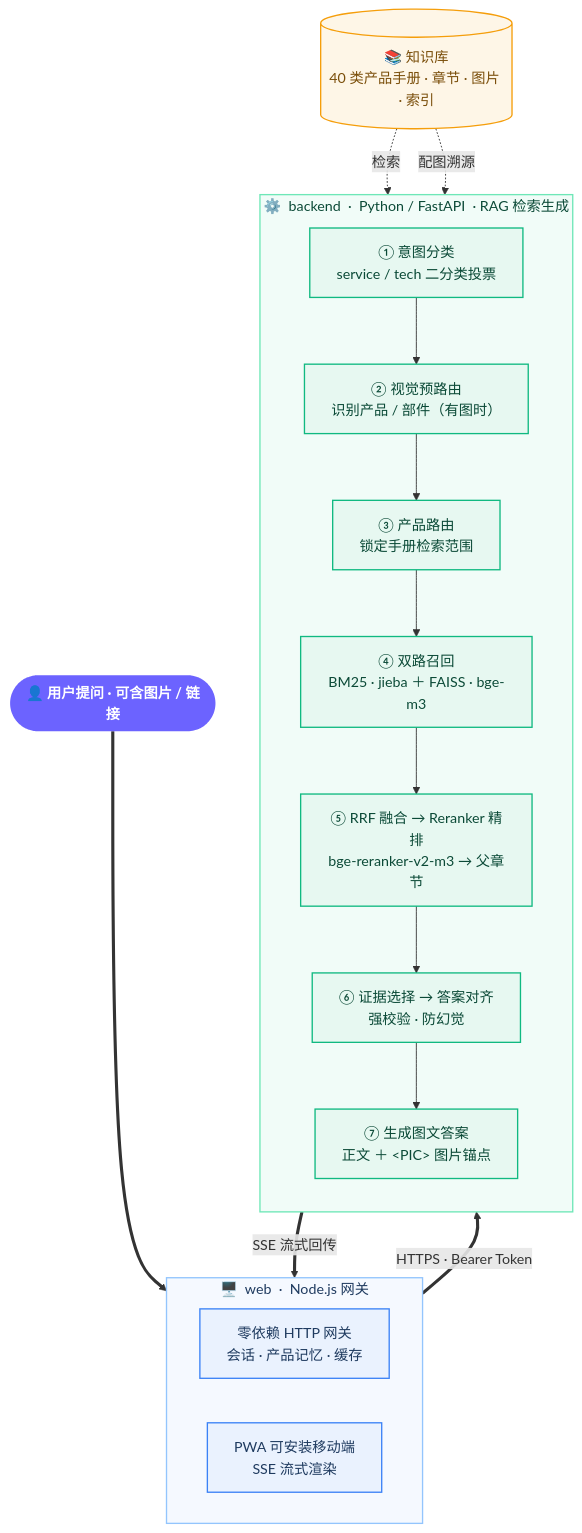
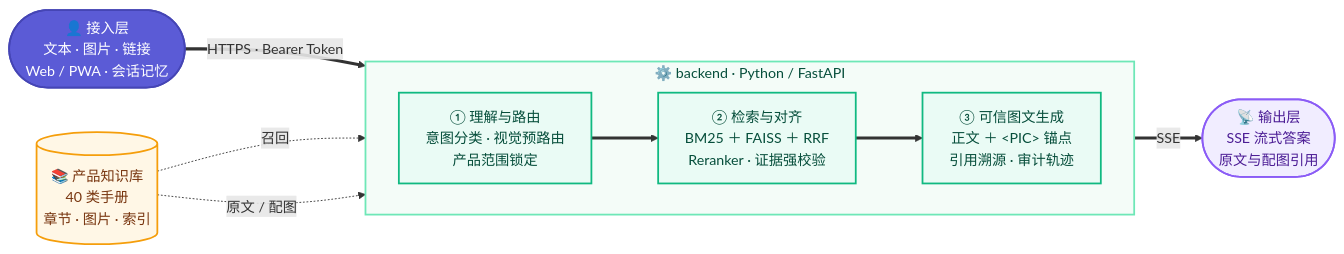
The diagram in README.md (UAVLLMs/Ray-Source), drawn with Mermaid before and after one commit. The commit also changed other lines of this file, not shown here.

Commit message:
docs: refine README architecture and setup guide

````diff
--- a/README.md
+++ b/README.md
@@ -116,43 +118,32 @@
 ```mermaid
-flowchart TB
-    U(["👤 用户提问 · 可含图片 / 链接"])
+flowchart LR
+    A(["👤 接入层<br/>文本 · 图片 · 链接<br/>Web / PWA · 会话记忆"])
 
-    subgraph WEB["🖥️ &nbsp;web &nbsp;·&nbsp; Node.js 网关"]
+    subgraph CORE["⚙️ backend · Python / FastAPI"]
         direction LR
-        W["零依赖 HTTP 网关<br/><span>会话 · 产品记忆 · 缓存</span>"]
-        P["PWA 可安装移动端<br/><span>SSE 流式渲染</span>"]
+        R["① 理解与路由<br/>意图分类 · 视觉预路由<br/>产品范围锁定"]
+        H["② 检索与对齐<br/>BM25 ＋ FAISS ＋ RRF<br/>Reranker · 证据强校验"]
+        G["③ 可信图文生成<br/>正文 ＋ &lt;PIC&gt; 锚点<br/>引用溯源 · 审计轨迹"]
+        R ==> H ==> G
     end
 
-    subgraph BACKEND["⚙️ &nbsp;backend &nbsp;·&nbsp; Python / FastAPI &nbsp;· RAG 检索生成"]
-        direction TB
-        C["① 意图分类<br/><span>service / tech 二分类投票</span>"]
-        V["② 视觉预路由<br/><span>识别产品 / 部件（有图时）</span>"]
-        R["③ 产品路由<br/><span>锁定手册检索范围</span>"]
-        S["④ 双路召回<br/><span>BM25 · jieba ＋ FAISS · bge-m3</span>"]
-        F["⑤ RRF 融合 → Reranker 精排<br/><span>bge-reranker-v2-m3 → 父章节</span>"]
-        E["⑥ 证据选择 → 答案对齐<br/><span>强校验 · 防幻觉</span>"]
-        G["⑦ 生成图文答案<br/><span>正文 ＋ &lt;PIC&gt; 图片锚点</span>"]
-        C --> V --> R --> S --> F --> E --> G
-    end
+    O(["📡 输出层<br/>SSE 流式答案<br/>原文与配图引用"])
+    KB[("📚 产品知识库<br/>40 类手册<br/>章节 · 图片 · 索引")]
 
-    KB[("📚 知识库<br/><span>40 类产品手册 · 章节 · 图片 · 索引</span>")]
+    A == "HTTPS · Bearer Token" ==> R
+    G == "SSE" ==> O
+    KB -. "召回" .-> H
+    KB -. "原文 / 配图" .-> G
 
-    U ==> WEB
-    WEB == "HTTPS · Bearer Token" ==> C
-    G == "SSE 流式回传" ==> WEB
-    KB -. "检索" .-> S
-    KB -. "配图溯源" .-> G
+    classDef user fill:#5B5BD6,stroke:#4545B5,color:#FFFFFF,stroke-width:2px;
+    classDef rag fill:#EAFBF5,stroke:#10B981,color:#064E3B,stroke-width:2px;
+    classDef output fill:#F1EDFF,stroke:#8B5CF6,color:#4C1D95,stroke-width:2px;
+    classDef store fill:#FFF7E6,stroke:#F59E0B,color:#78350F,stroke-width:2px;
 
-    classDef user fill:#6C63FF,stroke:#4B44CC,stroke-width:0px,color:#ffffff,font-weight:bold;
-    classDef web fill:#EAF2FE,stroke:#3B82F6,stroke-width:1.5px,color:#1E3A5F;
-    classDef backend fill:#E7F8F1,stroke:#10B981,stroke-width:1.5px,color:#0B4A37;
-    classDef store fill:#FEF6E7,stroke:#F59E0B,stroke-width:1.5px,color:#7A4E0A;
-
-    class U user;
-    class W,P web;
-    class C,V,R,S,F,E,G backend;
+    class A user;
+    class R,H,G rag;
+    class O output;
     class KB store;
 
-    style WEB fill:#F5F9FF,stroke:#93C5FD,stroke-width:1.5px,color:#1E3A5F
-    style BACKEND fill:#F1FCF8,stroke:#6EE7B7,stroke-width:1.5px,color:#0B4A37
+    style CORE fill:#F4FCF8,stroke:#6EE7B7,stroke-width:2px,color:#064E3B
 ```
````
